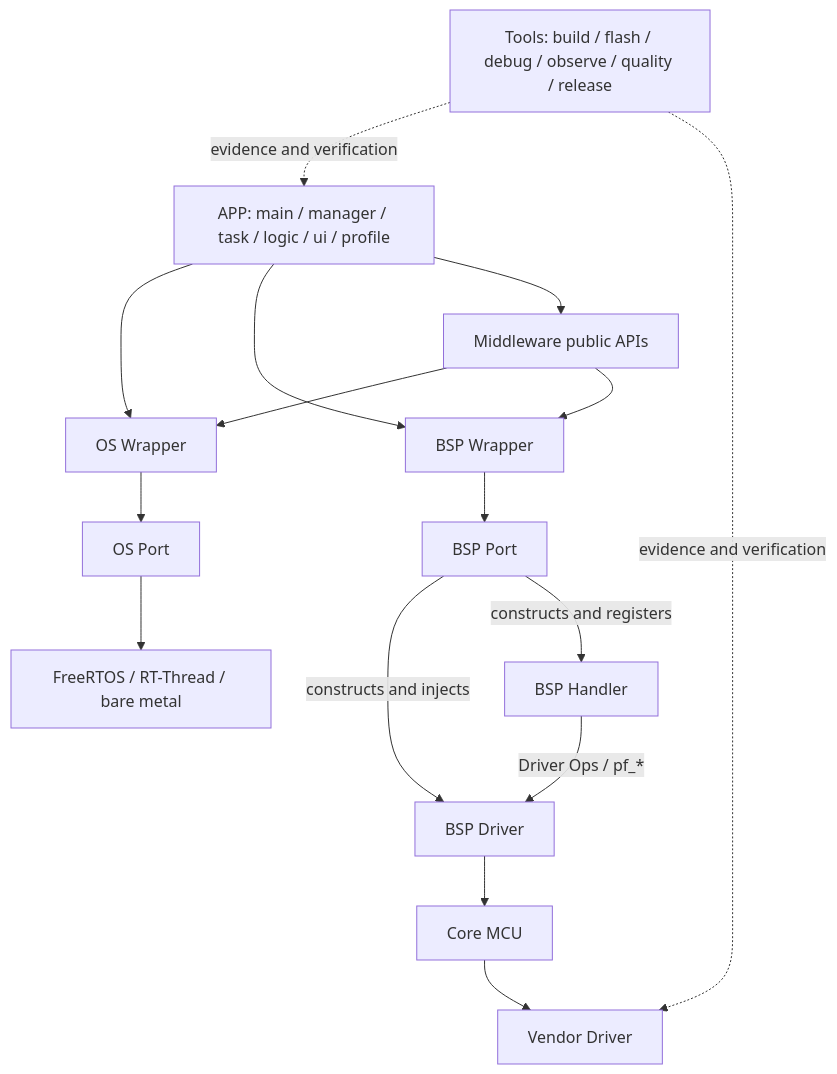
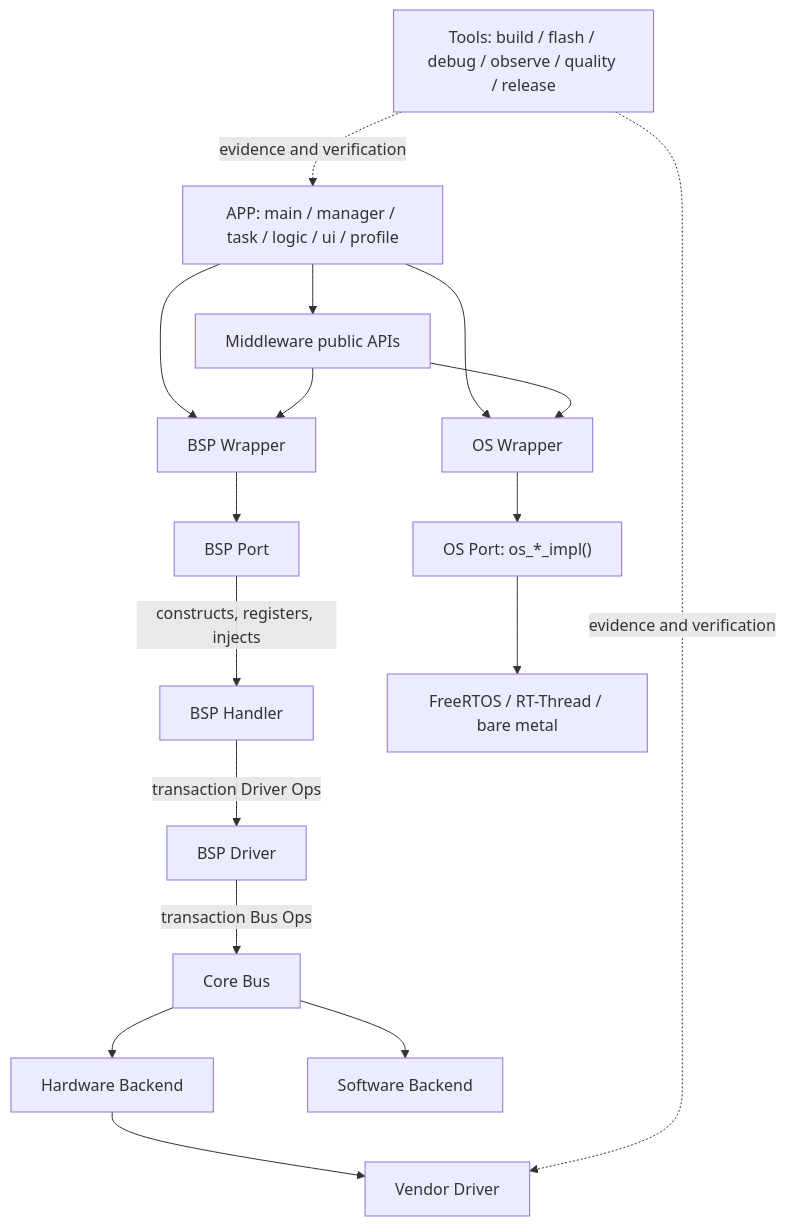
Before and after one commit to shuai-yemao/mcu-workbench: the diagram in skills/workflow/workflow-project-integration/references/software-architecture-knowledge-graph.md, drawn with Mermaid. The commit also changed other lines of this file and 60 other files, not shown here.

````diff
--- a/skills/workflow/workflow-project-integration/references/software-architecture-knowledge-graph.md
+++ b/skills/workflow/workflow-project-integration/references/software-architecture-knowledge-graph.md
@@ -7,30 +7,33 @@
 ```mermaid
 flowchart TD
     APP[APP: main / manager / task / logic / ui / profile]
     OW[OS Wrapper]
     BW[BSP Wrapper]
     MID[Middleware public APIs]
-    OP[OS Port]
+    OP["OS Port: os_*_impl()"]
     BH[BSP Handler]
     BP[BSP Port]
     BD[BSP Driver]
-    CORE[Core MCU]
+    CORE[Core Bus]
+    HW[Hardware Backend]
+    SW[Software Backend]
     DRIVER[Vendor Driver]
     TOOLS[Tools: build / flash / debug / observe / quality / release]
 
     APP --> OW
     APP --> BW
     APP --> MID
     MID --> OW
     MID --> BW
     OW --> OP
     OP --> RTOS[FreeRTOS / RT-Thread / bare metal]
     BW --> BP
-    BP -->|constructs and injects| BD
-    BP -->|constructs and registers| BH
-    BH -->|Driver Ops / pf_*| BD
-    BD --> CORE
-    CORE --> DRIVER
+    BP -->|constructs, registers, injects| BH
+    BH -->|transaction Driver Ops| BD
+    BD -->|transaction Bus Ops| CORE
+    CORE --> HW
+    CORE --> SW
+    HW --> DRIVER
     TOOLS -. evidence and verification .-> APP
     TOOLS -. evidence and verification .-> DRIVER
 ```
````
